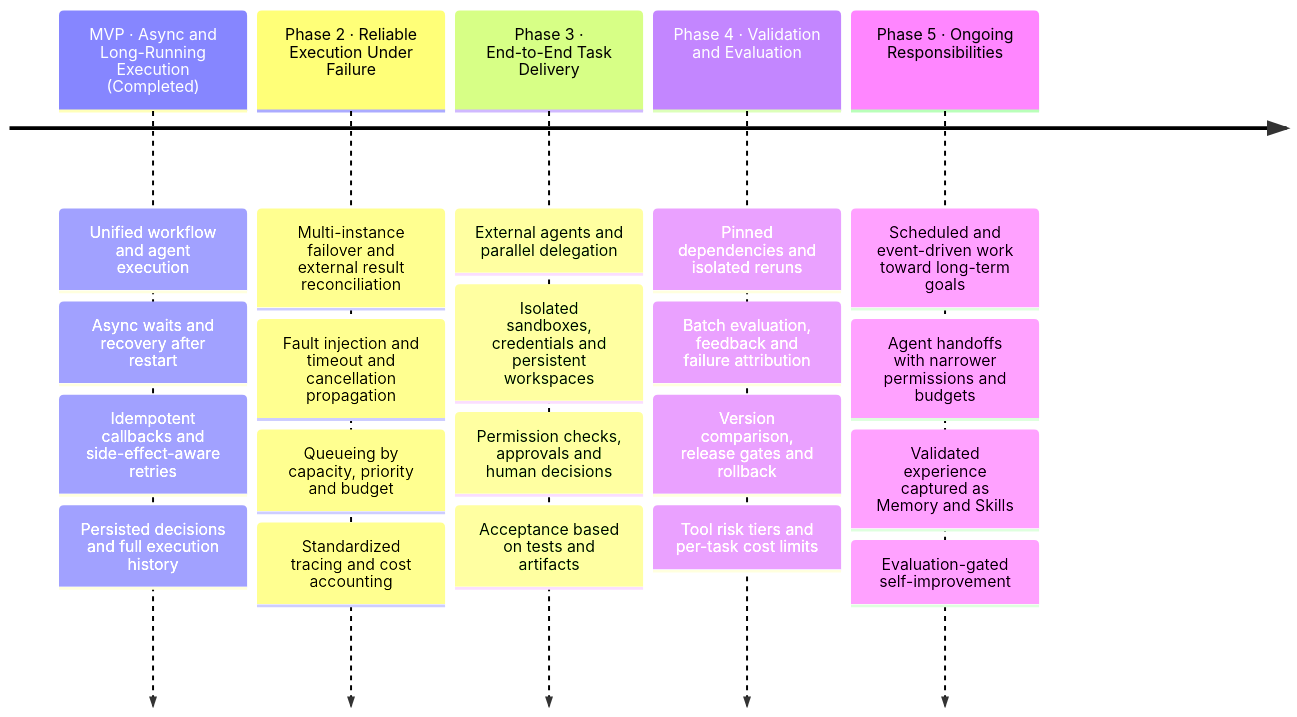
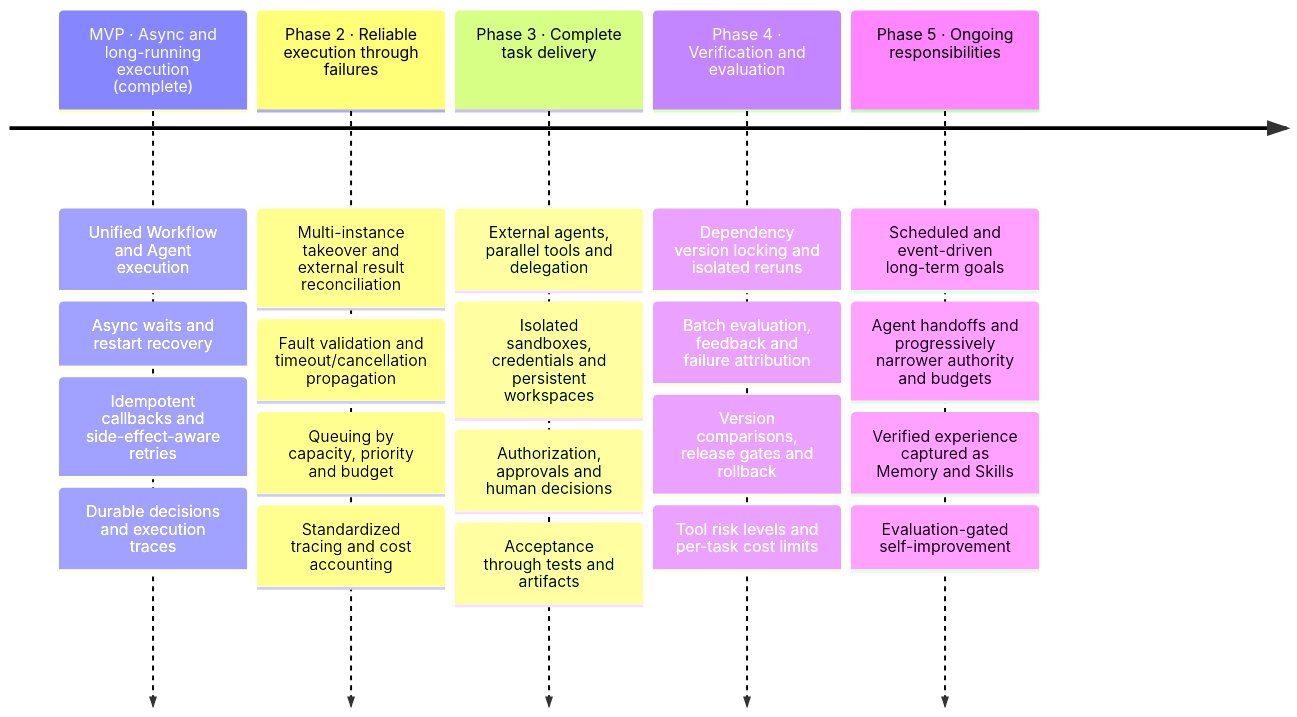
Before and after one commit to leungll/Emberling: the diagram in README.md, drawn with Mermaid. The commit also changed other lines of this file and 23 other files, not shown here.

````diff
--- a/README.md
+++ b/README.md
@@ -183,23 +179,23 @@
 ```mermaid
 timeline
-    MVP · Async and Long-Running Execution (Completed) : Unified workflow and agent execution
-                    : Async waits and recovery after restart
-                    : Idempotent callbacks and side-effect-aware retries
-                    : Persisted decisions and full execution history
-    Phase 2 · Reliable Execution Under Failure : Multi-instance failover and external result reconciliation
-            : Fault injection and timeout and cancellation propagation
-            : Queueing by capacity, priority and budget
+    MVP · Async and long-running execution (complete) : Unified Workflow and Agent execution
+                 : Async waits and restart recovery
+                 : Idempotent callbacks and side-effect-aware retries
+                 : Durable decisions and execution traces
+    Phase 2 · Reliable execution through failures : Multi-instance takeover and external result reconciliation
+            : Fault validation and timeout/cancellation propagation
+            : Queuing by capacity, priority and budget
             : Standardized tracing and cost accounting
-    Phase 3 · End-to-End Task Delivery : External agents and parallel delegation
+    Phase 3 · Complete task delivery : External agents, parallel tools and delegation
             : Isolated sandboxes, credentials and persistent workspaces
-            : Permission checks, approvals and human decisions
-            : Acceptance based on tests and artifacts
-    Phase 4 · Validation and Evaluation : Pinned dependencies and isolated reruns
+            : Authorization, approvals and human decisions
+            : Acceptance through tests and artifacts
+    Phase 4 · Verification and evaluation : Dependency version locking and isolated reruns
             : Batch evaluation, feedback and failure attribution
-            : Version comparison, release gates and rollback
-            : Tool risk tiers and per-task cost limits
-    Phase 5 · Ongoing Responsibilities : Scheduled and event-driven work toward long-term goals
-            : Agent handoffs with narrower permissions and budgets
-            : Validated experience captured as Memory and Skills
+            : Version comparisons, release gates and rollback
+            : Tool risk levels and per-task cost limits
+    Phase 5 · Ongoing responsibilities : Scheduled and event-driven long-term goals
+            : Agent handoffs and progressively narrower authority and budgets
+            : Verified experience captured as Memory and Skills
             : Evaluation-gated self-improvement
 ```
````
